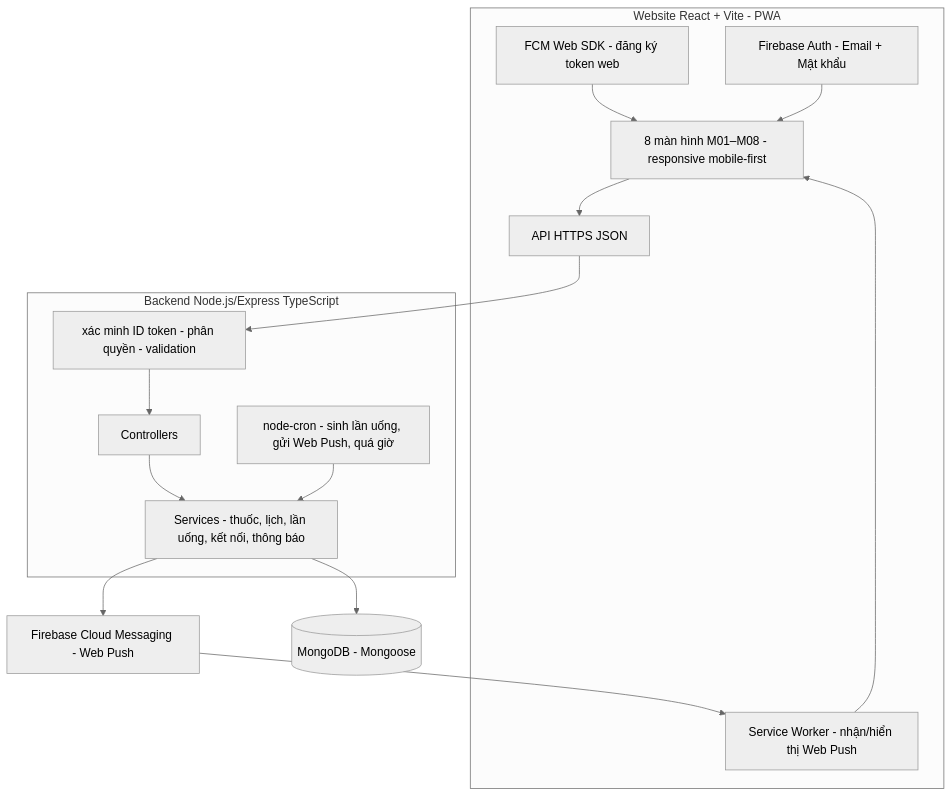
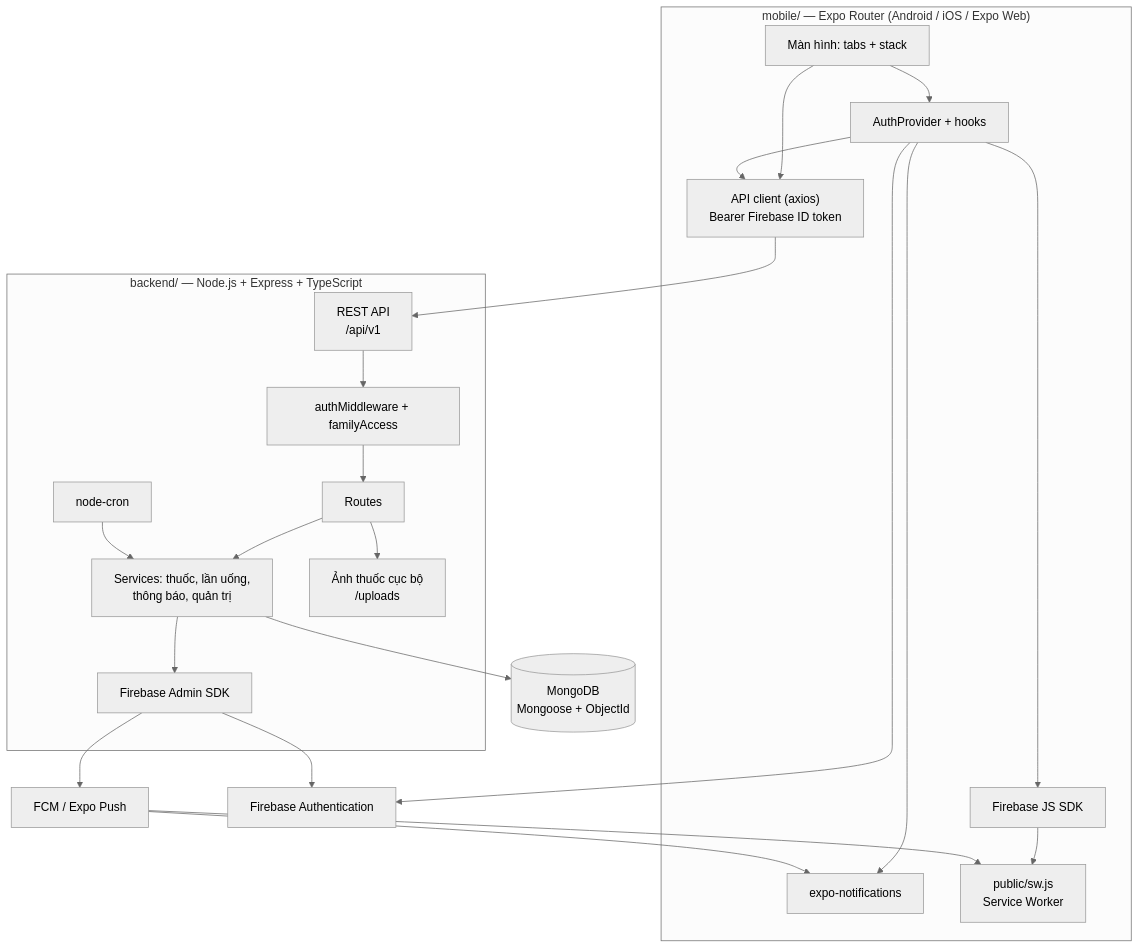
The first of 2 diagrams in docs/ARCHITECTURE.md (DoDuongw/duong), drawn with Mermaid (neutral theme) before and after one commit. The commit also changed other lines of this file and 211 other files, not shown here.

````diff
--- a/docs/ARCHITECTURE.md
+++ b/docs/ARCHITECTURE.md
@@ -5,30 +8,47 @@
 ```mermaid
 graph TB
-    subgraph Web [Website React + Vite - PWA]
-        UI[8 màn hình M01–M08 - responsive mobile-first]
-        AUTH[Firebase Auth - Email + Mật khẩu]
-        SW[Service Worker - nhận/hiển thị Web Push]
-        FCMR[FCM Web SDK - đăng ký token web]
-        UI --> API
-        SW --> UI
-        FCMR --> UI
-        AUTH --> UI
+    subgraph Mobile ["mobile/ — Expo Router (Android / iOS / Expo Web)"]
+        UI["Màn hình: tabs + stack"]
+        STATE["AuthProvider + hooks"]
+        APICLIENT["API client (axios)<br/>Bearer Firebase ID token"]
+        NATIVE["expo-notifications"]
+        WEB["Firebase JS SDK"]
+        SW["public/sw.js<br/>Service Worker"]
+
+        UI --> STATE
+        UI --> APICLIENT
+        STATE --> APICLIENT
+        STATE --> NATIVE
+        STATE --> WEB
+        WEB --> SW
     end
 
-    subgraph Server [Backend Node.js/Express TypeScript]
-        MW[xác minh ID token - phân quyền - validation]
-        CTL[Controllers]
-        SVC[Services - thuốc, lịch, lần uống, kết nối, thông báo]
-        JOBS[node-cron - sinh lần uống, gửi Web Push, quá giờ]
-        MW --> CTL --> SVC
+    subgraph Backend ["backend/ — Node.js + Express + TypeScript"]
+        API["REST API<br/>/api/v1"]
+        MW["authMiddleware + familyAccess"]
+        ROUTES["Routes"]
+        SVC["Services: thuốc, lần uống,<br/>thông báo, quản trị"]
+        JOBS["node-cron"]
+        ADMIN["Firebase Admin SDK"]
+        UPLOADS["Ảnh thuốc cục bộ<br/>/uploads"]
+
+        API --> MW
+        MW --> ROUTES
+        ROUTES --> SVC
         JOBS --> SVC
+        SVC --> ADMIN
+        ROUTES --> UPLOADS
     end
 
-    DB[(MongoDB - Mongoose)]
-    FCM[Firebase Cloud Messaging - Web Push]
+    DB[("MongoDB<br/>Mongoose + ObjectId")]
+    FIREBASE["Firebase Authentication"]
+    PUSH["FCM / Expo Push"]
 
+    APICLIENT --> API
+    STATE --> FIREBASE
+    ADMIN --> FIREBASE
     SVC --> DB
-    SVC --> FCM
-    FCM --> SW
-    API[API HTTPS JSON] --> MW
+    ADMIN --> PUSH
+    PUSH --> NATIVE
+    PUSH --> SW
 ```
````
